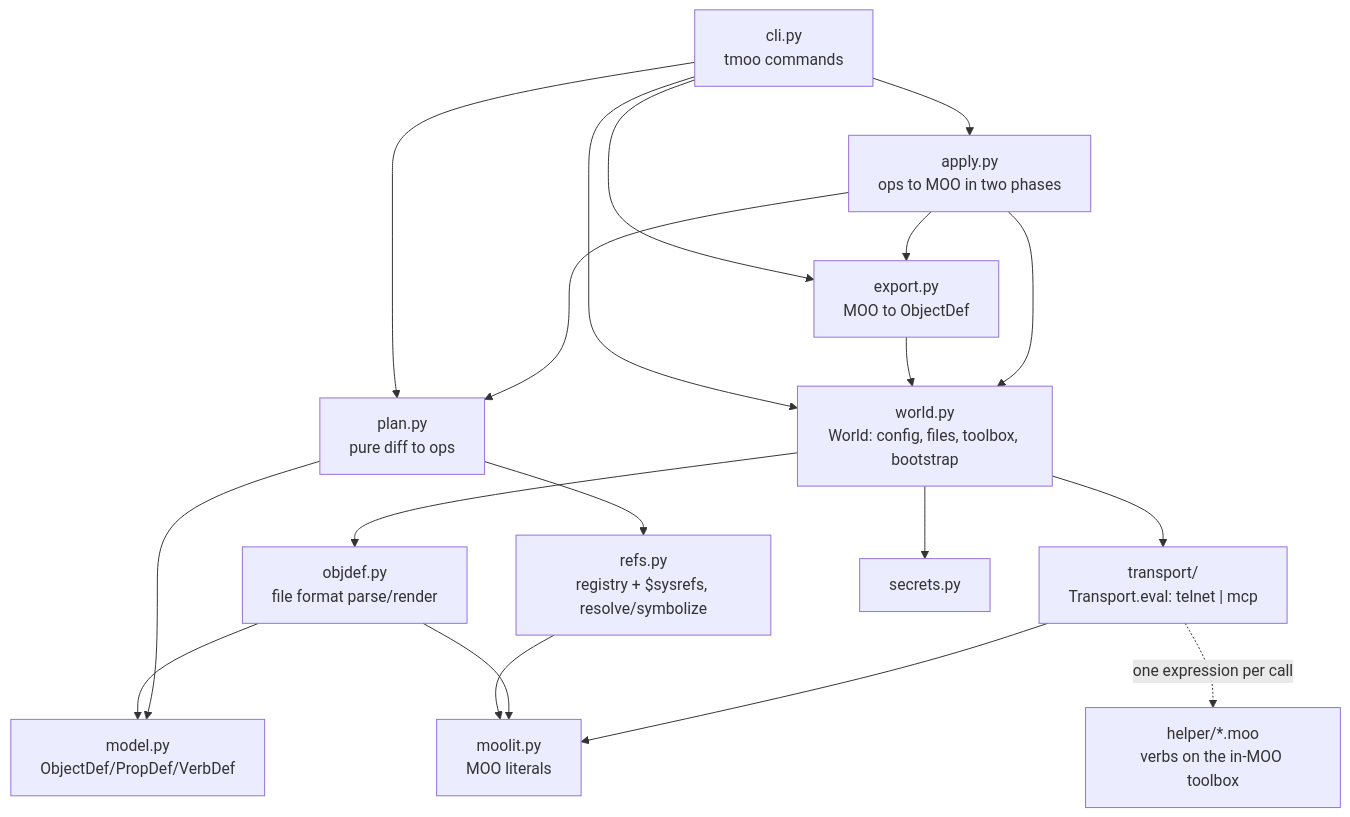
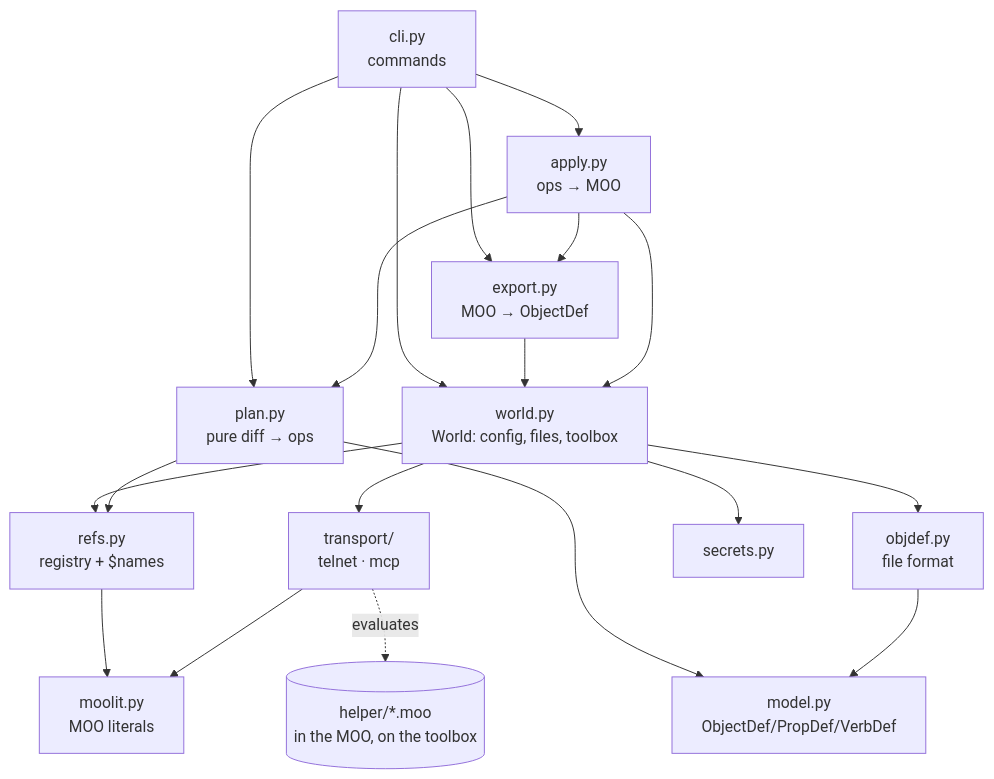
The diagram in REVIEW.md (abdulyasmin/terramoo), drawn with Mermaid before and after one commit. The commit also changed other lines of this file, not shown here.

````diff
--- a/REVIEW.md
+++ b/REVIEW.md
@@ -46,21 +41,21 @@
 ```mermaid
-flowchart TD
-    CLI["cli.py<br/>tmoo commands"] --> World["world.py<br/>World: config, files, toolbox, bootstrap"]
-    CLI --> Plan["plan.py<br/>pure diff to ops"]
-    CLI --> Export["export.py<br/>MOO to ObjectDef"]
-    CLI --> Apply["apply.py<br/>ops to MOO in two phases"]
-    Apply --> Plan
-    Apply --> Export
-    Export --> World
-    Apply --> World
-    Plan --> Refs["refs.py<br/>registry + $sysrefs, resolve/symbolize"]
-    World --> Objdef["objdef.py<br/>file format parse/render"]
-    World --> Transport["transport/<br/>Transport.eval: telnet | mcp"]
-    World --> Secrets["secrets.py"]
-    Objdef --> Model["model.py<br/>ObjectDef/PropDef/VerbDef"]
-    Plan --> Model
-    Refs --> Moolit["moolit.py<br/>MOO literals"]
-    Objdef --> Moolit
-    Transport --> Moolit
-    Transport -. "one expression per call" .-> Helpers["helper/*.moo<br/>verbs on the in-MOO toolbox"]
+graph TD
+  cli[cli.py<br/>commands] --> world[world.py<br/>World: config, files, toolbox]
+  cli --> plan[plan.py<br/>pure diff → ops]
+  cli --> export[export.py<br/>MOO → ObjectDef]
+  cli --> apply[apply.py<br/>ops → MOO]
+  apply --> export
+  apply --> plan
+  export --> world
+  apply --> world
+  world --> transport[transport/<br/>telnet · mcp]
+  world --> objdef[objdef.py<br/>file format]
+  world --> refs[refs.py<br/>registry + $names]
+  world --> secrets[secrets.py]
+  plan --> refs
+  plan --> model[model.py<br/>ObjectDef/PropDef/VerbDef]
+  objdef --> model
+  refs --> moolit[moolit.py<br/>MOO literals]
+  transport --> moolit
+  transport -. evaluates .-> helpers[(helper/*.moo<br/>in the MOO, on the toolbox)]
 ```
````
